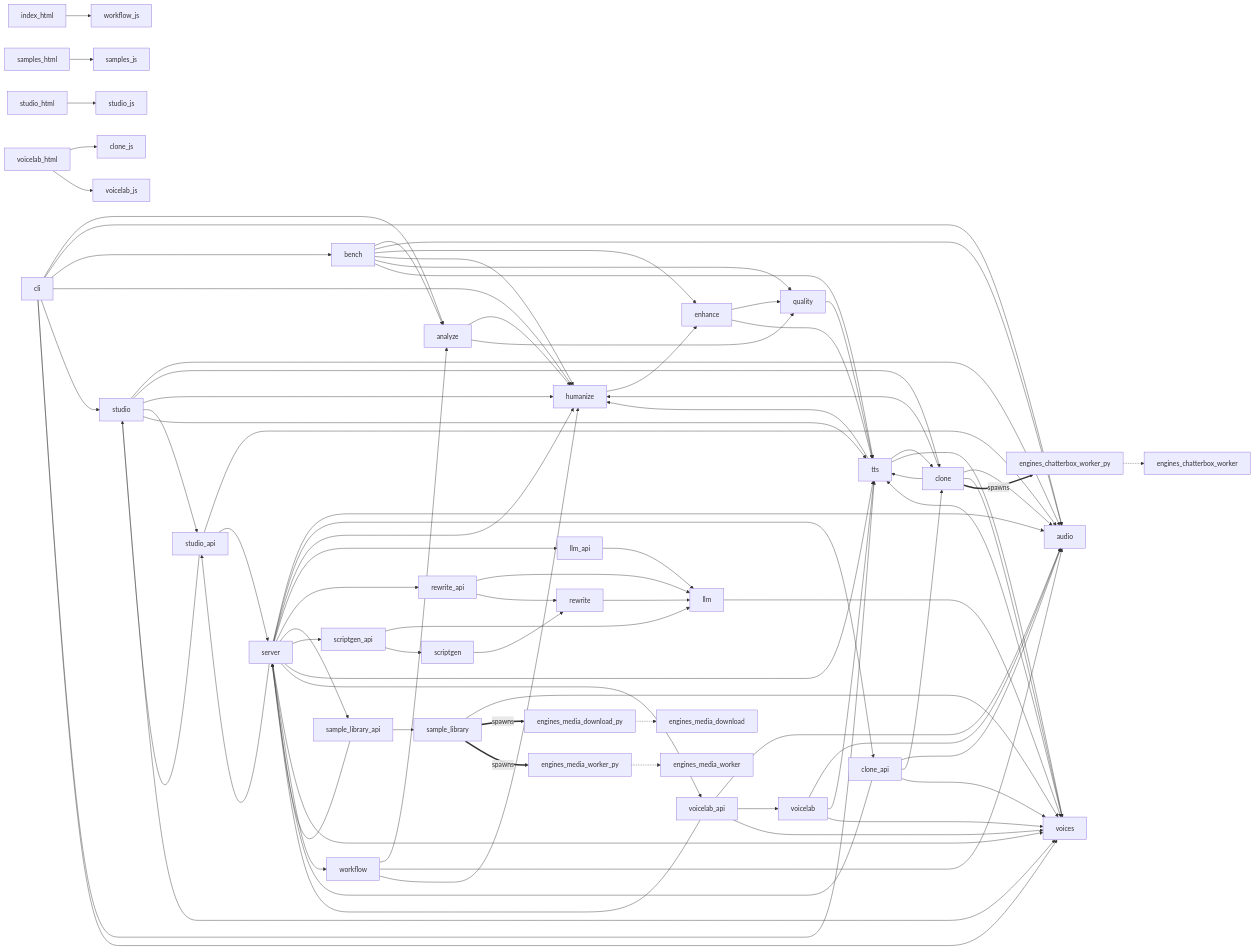
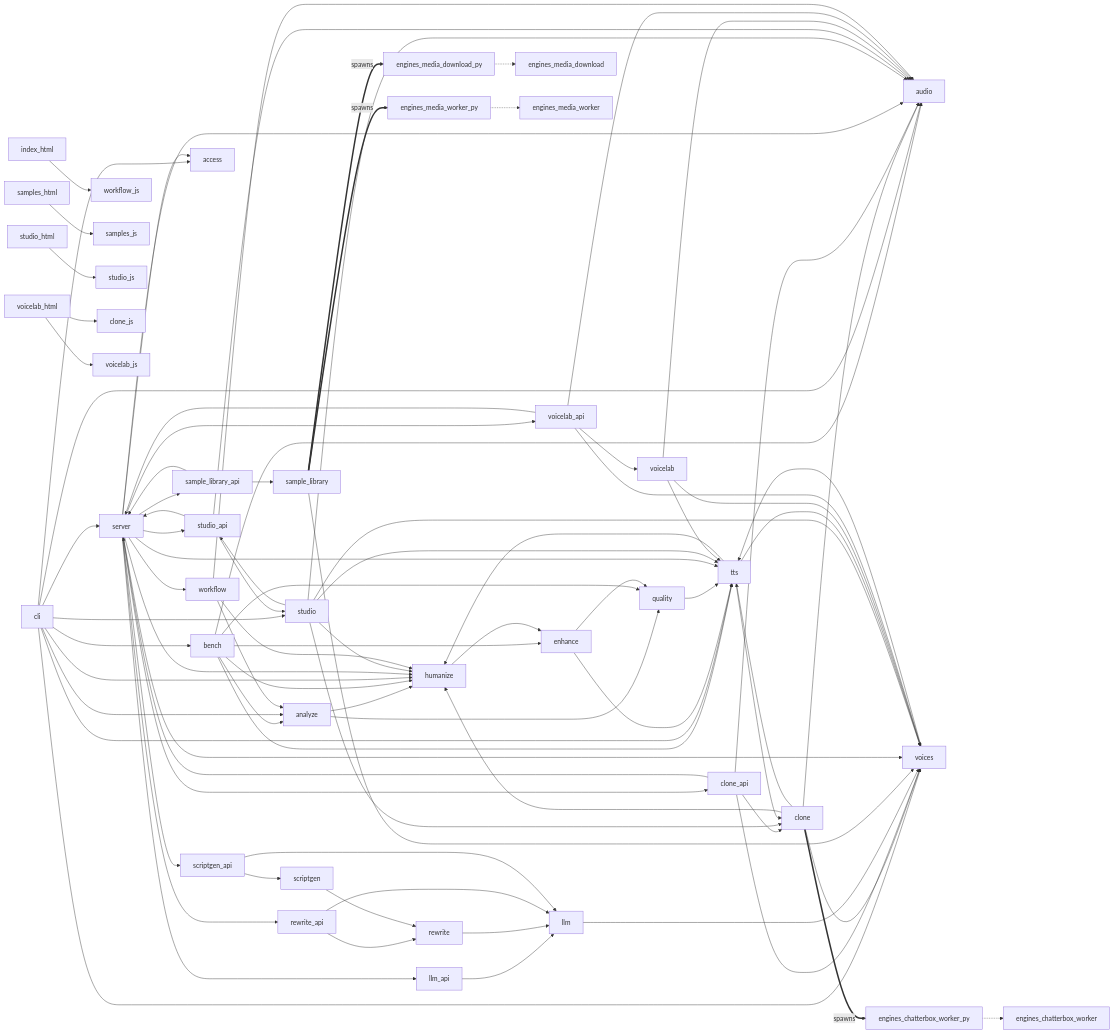
One commit to g-baskin/voice-studio changed the diagram in library/knowledge/private/codebase-graph/meta/code-graph.md. Above: the diagram before and after it, drawn with Mermaid. The commit also changed other lines of this file and 19 other files, not shown here.

Commit message:
Add local-only and token-gated network access, and clean up server temp files

```diff
--- a/library/knowledge/private/codebase-graph/meta/code-graph.md
+++ b/library/knowledge/private/codebase-graph/meta/code-graph.md
@@ -50,10 +50,12 @@
   bench --> humanize
   bench --> quality
   bench --> tts
+  cli --> access
   cli --> analyze
   cli --> audio
   cli --> bench
   cli --> humanize
+  cli --> server
   cli --> studio
   cli --> tts
   cli --> voices
@@ -83,6 +85,7 @@
   scriptgen --> rewrite
   scriptgen_api --> llm
   scriptgen_api --> scriptgen
+  server --> access
   server --> audio
   server --> clone_api
   server --> humanize
```
